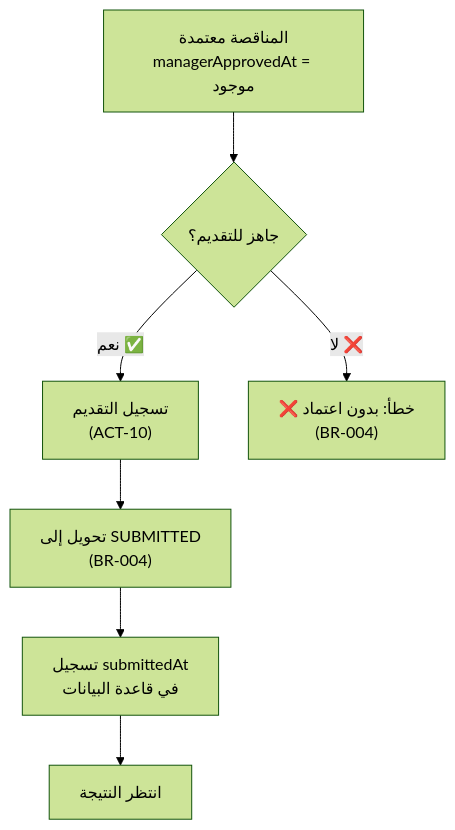
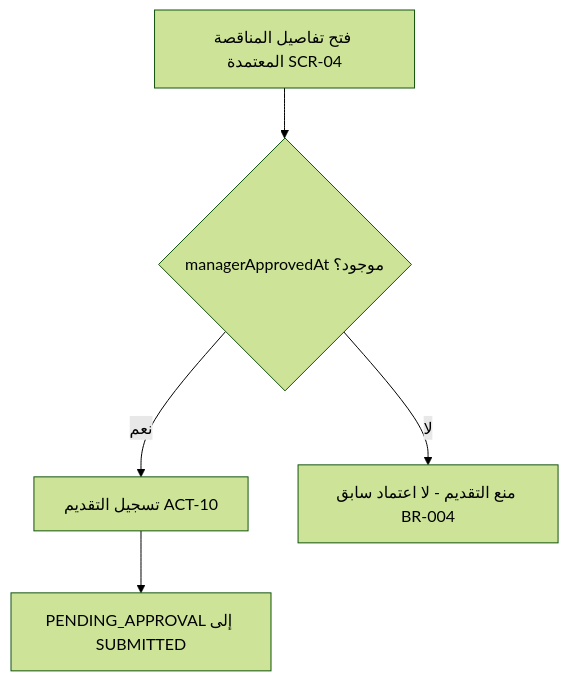
The fifth of 7 diagrams in docs/design/03-user-journeys.md (Fares-code0/tender_x), drawn with Mermaid (forest theme) before and after one commit. The commit also changed other lines of this file and 4 other files, not shown here.

````diff
--- a/docs/design/03-user-journeys.md
+++ b/docs/design/03-user-journeys.md
@@ -154,9 +146,7 @@
 ```mermaid
 flowchart TD
-    A["المناقصة معتمدة<br/>managerApprovedAt = موجود"] --> B{"جاهز للتقديم؟"}
-    B -->|"نعم ✅"|C["تسجيل التقديم<br/>(ACT-10)"]
-    B -->|"لا ❌"|D["❌ خطأ: بدون اعتماد<br/>(BR-004)"]
-    C --> E["تحويل إلى SUBMITTED<br/>(BR-004)"]
-    E --> F["تسجيل submittedAt<br/>في قاعدة البيانات"]
-    F --> G["انتظر النتيجة"]
+    A[فتح تفاصيل المناقصة المعتمدة SCR-04] --> B{managerApprovedAt موجود؟}
+    B -->|نعم| C[تسجيل التقديم ACT-10]
+    C --> D[PENDING_APPROVAL إلى SUBMITTED]
+    B -->|لا| E[منع التقديم - لا اعتماد سابق BR-004]
 ```
````
